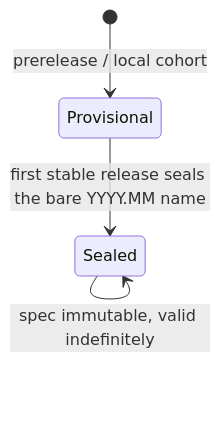
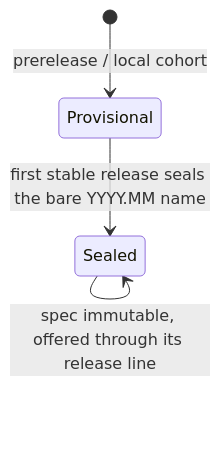
Before and after one commit to ArenaX-Labs/rlmesh: the diagram in docs/editions/index.md, drawn with Mermaid. The commit also changed other lines of this file and 2 other files, not shown here.

Commit message:
docs: promise only what pre-1.0 keeps: frozen images, editions within a line, and a wire that can change between minors

````diff
--- a/docs/editions/index.md
+++ b/docs/editions/index.md
@@ -63,6 +63,6 @@
 ```mermaid
 stateDiagram-v2
     [*] --> Provisional: prerelease / local cohort
     Provisional --> Sealed: first stable release seals the bare YYYY.MM name
-    Sealed --> Sealed: spec immutable, valid indefinitely
+    Sealed --> Sealed: spec immutable, offered through its release line
 ```
````
